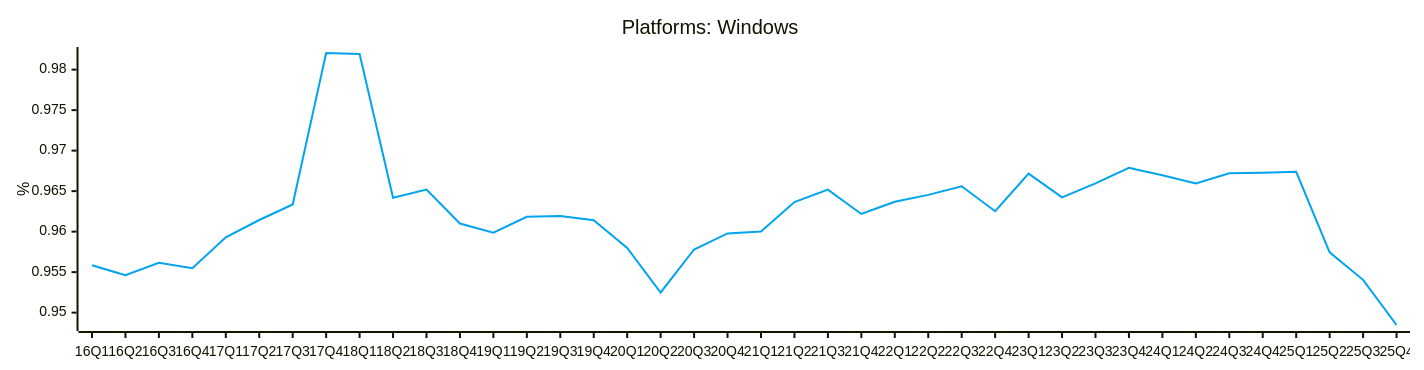
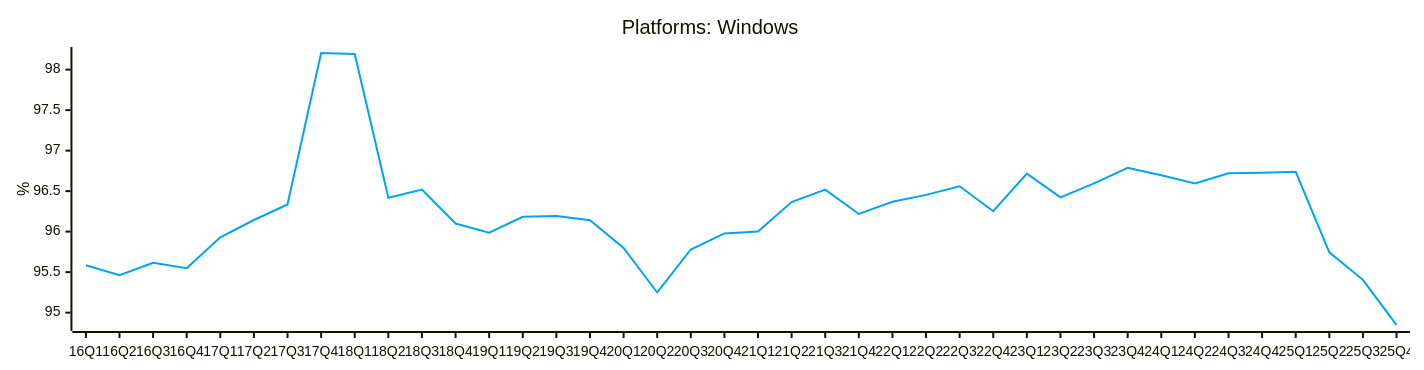
Before and after one commit to jdegene/steamHWsurvey: diagram 11 of 24 in README.md, drawn with Mermaid. The commit also changed other lines of this file and 1 other file, not shown here.

````diff
--- a/README.md
+++ b/README.md
@@ -359,19 +359,19 @@
 ```mermaid
 ---
 config:
     xyChart:
         width: 1400
         height: 350
         
     themeVariables:
         xyChart:
             plotColorPalette: "#00A4EF"
 
 --- 
 
 xychart-beta
     title "Platforms: Windows"
     x-axis [16Q1, 16Q2, 16Q3, 16Q4, 17Q1, 17Q2, 17Q3, 17Q4, 18Q1, 18Q2, 18Q3, 18Q4, 19Q1, 19Q2, 19Q3, 19Q4, 20Q1, 20Q2, 20Q3, 20Q4, 21Q1, 21Q2, 21Q3, 21Q4, 22Q1, 22Q2, 22Q3, 22Q4, 23Q1, 23Q2, 23Q3, 23Q4, 24Q1, 24Q2, 24Q3, 24Q4, 25Q1, 25Q2, 25Q3, 25Q4]
     y-axis "%" 
-    line [0.9558490062691742, 0.9546121760937755, 0.9561491327028532, 0.9554792996655662, 0.9593077157802871, 0.9614358153189219, 0.9633579735211398, 0.982051556994227, 0.9819224868254287, 0.9641927606149703, 0.965195047886008, 0.9609970461570235, 0.9598653029864668, 0.9618231901638655, 0.9619248504877249, 0.9613973260690635, 0.9579966074962072, 0.9524887243795703, 0.9577968082937307, 0.9597729984600054, 0.9600093389366952, 0.9636449601365039, 0.9651791074644787, 0.9621786476146109, 0.9636945418071323, 0.9645358462278666, 0.96559659973536, 0.9625178127450456, 0.9671672771330696, 0.9642300386215726, 0.9659644556741958, 0.9678761180751577, 0.9669704930026713, 0.9659410712782618, 0.9672038365912319, 0.9672614773948945, 0.9673812324746858, 0.9574425762677885, 0.954048291732717, 0.9484742371185593]
+    line [95.58490062691743, 95.46121760937754, 95.61491327028531, 95.54792996655662, 95.93077157802871, 96.14358153189218, 96.33579735211399, 98.2051556994227, 98.19224868254287, 96.41927606149703, 96.5195047886008, 96.09970461570235, 95.98653029864667, 96.18231901638656, 96.1924850487725, 96.13973260690635, 95.79966074962071, 95.24887243795703, 95.77968082937306, 95.97729984600053, 96.00093389366951, 96.3644960136504, 96.51791074644787, 96.21786476146109, 96.36945418071323, 96.45358462278666, 96.559659973536, 96.25178127450455, 96.71672771330697, 96.42300386215726, 96.59644556741958, 96.78761180751577, 96.69704930026714, 96.59410712782618, 96.72038365912319, 96.72614773948945, 96.73812324746858, 95.74425762677885, 95.4048291732717, 94.84742371185592]
 ``` 
````
